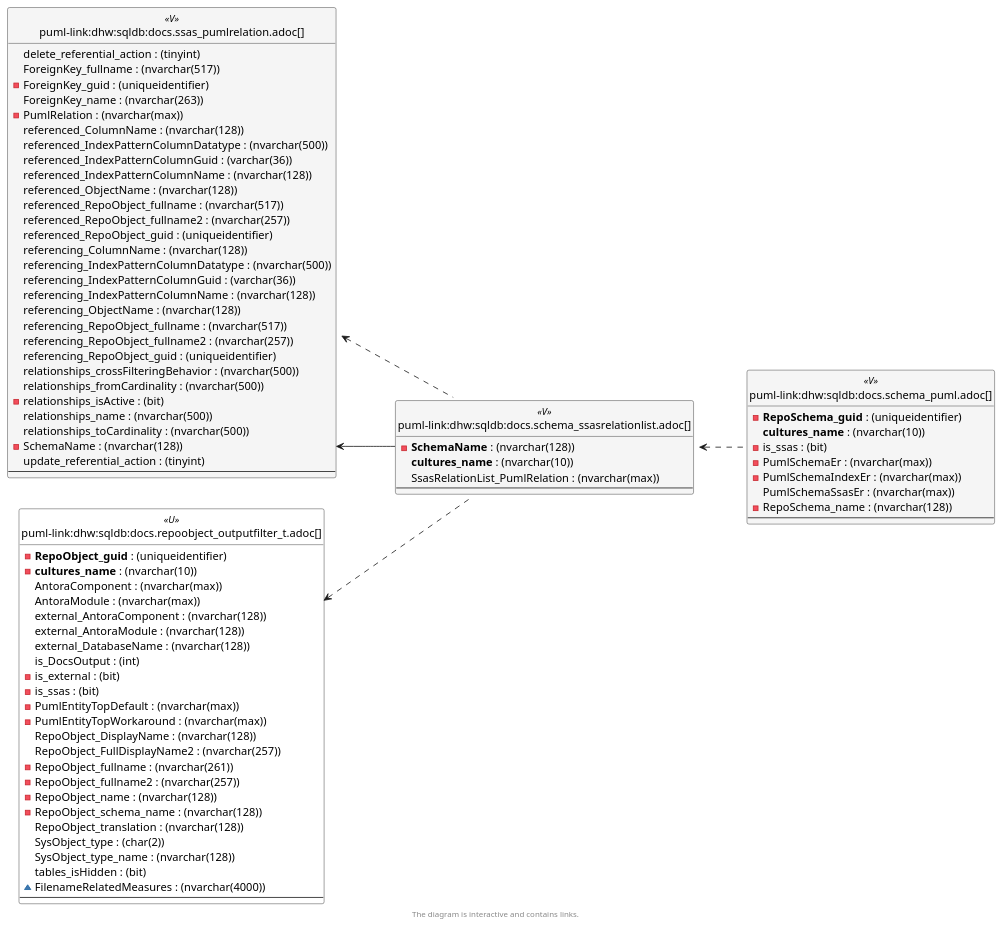
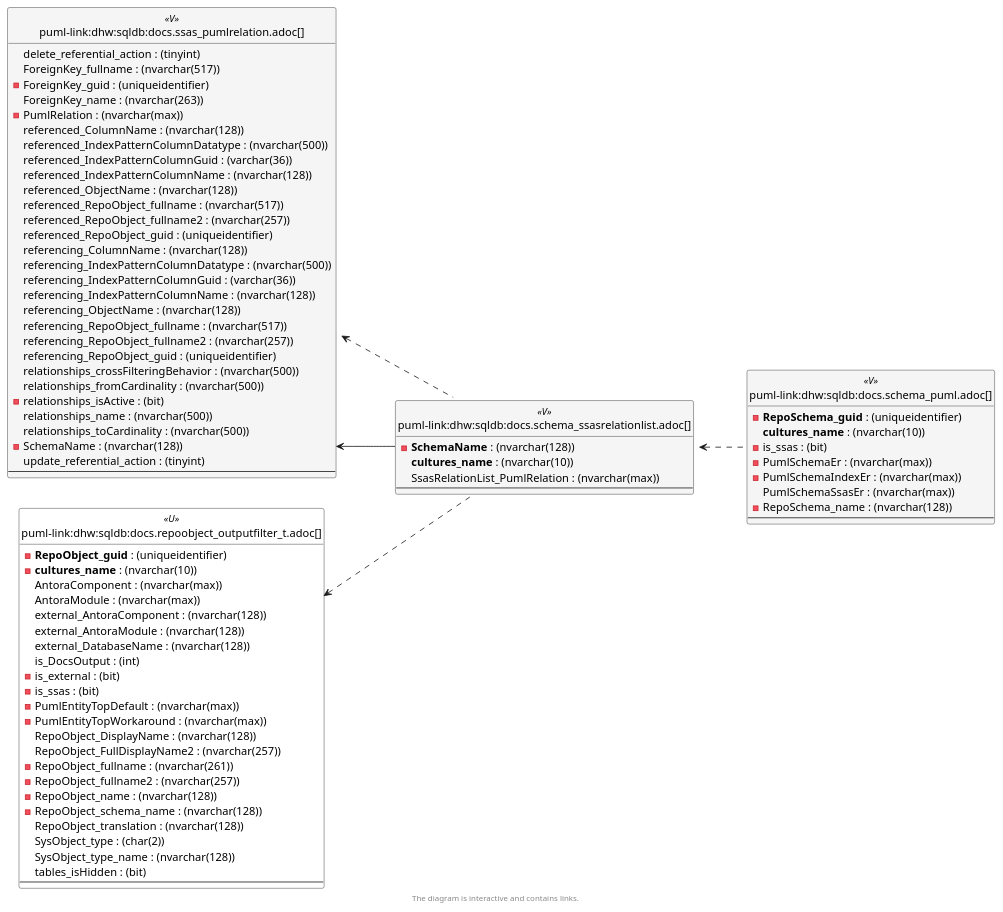
The sixth of 6 diagrams in docs/modules/sqldb/partials/content/docs.schema_ssasrelationlist.adoc (DataHandwerk/dhw-antora-sqldb), drawn with PlantUML before and after one commit. The commit also changed other lines of this file and 641 other files, not shown here.

```diff
--- a/docs/modules/sqldb/partials/content/docs.schema_ssasrelationlist.adoc
+++ b/docs/modules/sqldb/partials/content/docs.schema_ssasrelationlist.adoc
@@ -1595,7 +1595,6 @@
   SysObject_type : (char(2))
   SysObject_type_name : (nvarchar(128))
   tables_isHidden : (bit)
-  ~ FilenameRelatedMeasures : (nvarchar(4000))
   --
 }
 
```
